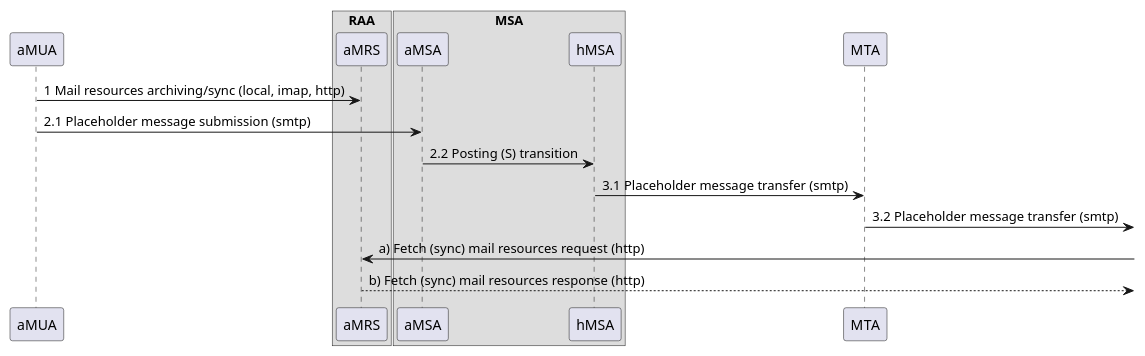
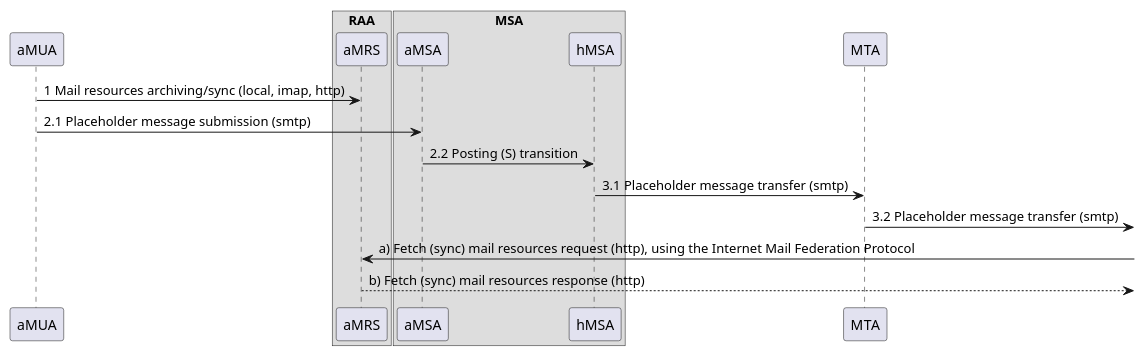
One commit to federizer/federizer changed the diagram in docs/resources/authorization-enhanced_rfc5598_I_sd.puml. Above: the diagram before and after it, drawn with PlantUML. The commit also changed 2 other files, not shown here.

```diff
--- a/docs/resources/authorization-enhanced_rfc5598_I_sd.puml
+++ b/docs/resources/authorization-enhanced_rfc5598_I_sd.puml
@@ -1,42 +1,42 @@
 @startuml Authorization-Enhanced Internet Mail Architecture, message flow part I.
 
 /'
 Message
 Message User Agent (MUA)
     Author MUA (aMUA)
     Recipient MUA (rMUA)
 Message Submission Agent (MSA)
     Author-focused MSA functions (aMSA)
     MHS-focused MSA functions (hMSA)
 Message Transfer Agent (MTA)
 Message Delivery Agent (MDA)
     Recipient-focused MDA functions (rMDA)
     MHS-focused MDA functions (hMDA)
 Resource Fetch Agent (RFA)
 Resource Access Agent (RAA)
 Mail Resource Store (MRS)
     Author MRS (aMRS)
     Recipient MRS (rMRS)    
     User Agent MRS (uMRS)
 '/
 
 'ADMD I.
 participant "aMUA" as aMUA /'MUA, uMRS optional'/
 box "RAA" /'Resource Access Agent'/
 participant "aMRS" as aMRS /'Author MRS'/
 end box
 box "MSA" /'MSA'/
 participant "aMSA" as aMSA /'Author-focused MSA'/
 participant "hMSA" as hMSA /'MHS-focused MSA'/
 end box
 participant "MTA" as MTA /'MTA'/
 
 aMUA -> aMRS : 1 Mail resources archiving/sync (local, imap, http)
 aMUA -> aMSA : 2.1 Placeholder message submission (smtp)
 aMSA -> hMSA : 2.2 Posting (S) transition
 hMSA -> MTA : 3.1 Placeholder message transfer (smtp)
 MTA ->] : 3.2 Placeholder message transfer (smtp)
-aMRS <-] : a) Fetch (sync) mail resources request (http)
+aMRS <-] : a) Fetch (sync) mail resources request (http), using the Internet Mail Federation Protocol
 aMRS -->] : b) Fetch (sync) mail resources response (http)
 
 @enduml
```
